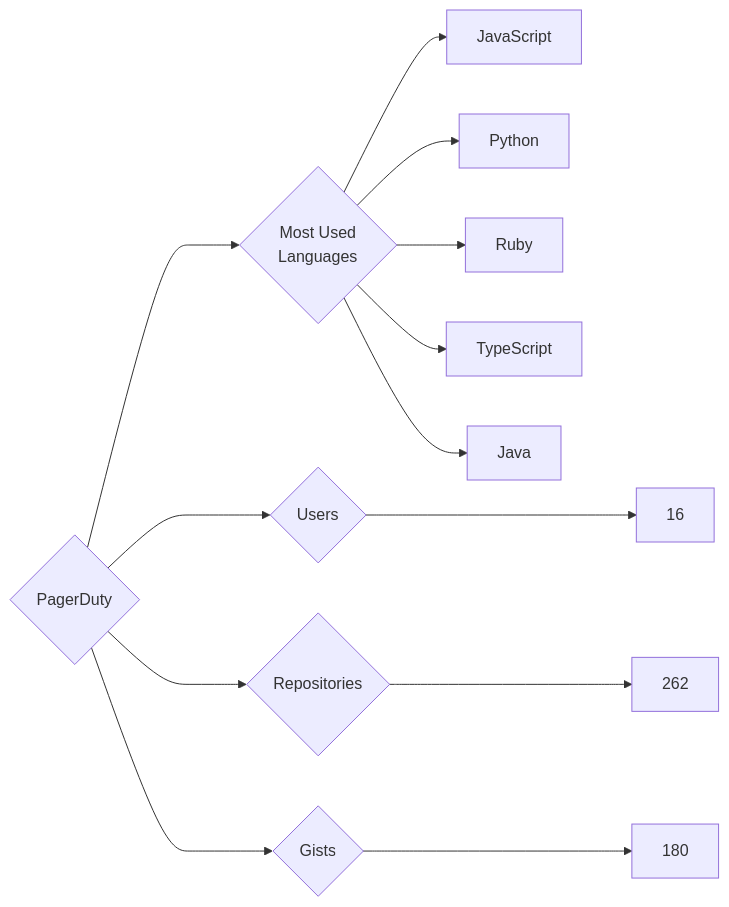
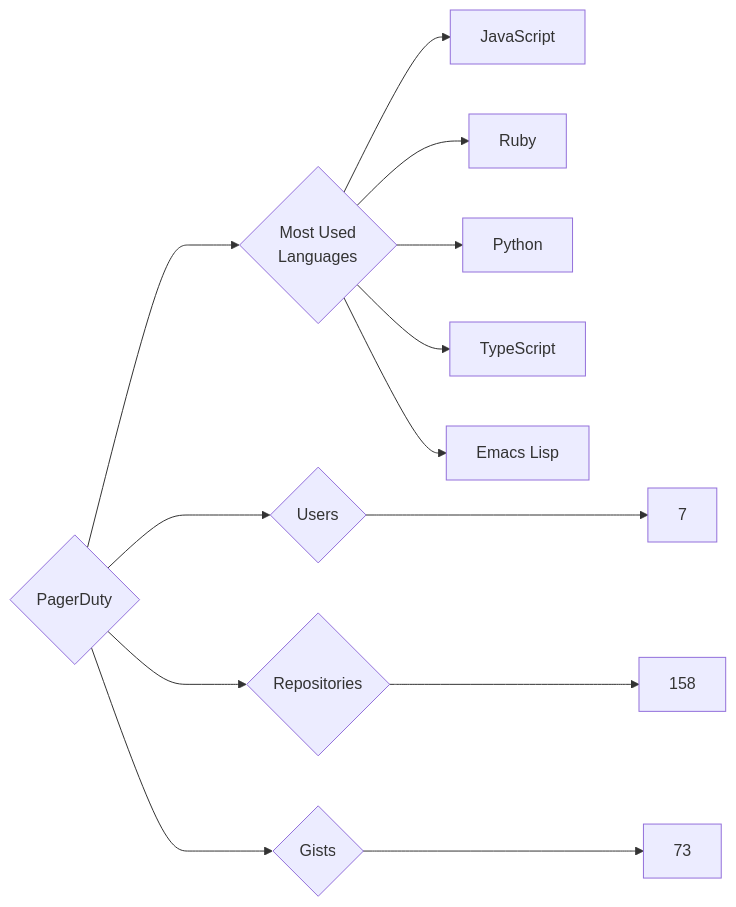
Before and after one commit to trickest/insiders: the diagram in targets/PagerDuty/README.md, drawn with Mermaid. The commit also changed 815 other files, not shown here.

````diff
--- a/targets/PagerDuty/README.md
+++ b/targets/PagerDuty/README.md
@@ -3,13 +3,13 @@
 ```mermaid
 graph LR
 COMPANY_NAME{PagerDuty}
-COMPANY_NAME ---> U{Users} ---> UN[16]
-COMPANY_NAME ---> R{Repositories} ---> RN[262]
-COMPANY_NAME ---> G{Gists} ---> GN[180]
+COMPANY_NAME ---> U{Users} ---> UN[7]
+COMPANY_NAME ---> R{Repositories} ---> RN[158]
+COMPANY_NAME ---> G{Gists} ---> GN[73]
 COMPANY_NAME ---> ML{Most Used<br>Languages}
 ML --> JavaScript[JavaScript]
+ML --> Ruby[Ruby]
 ML --> Python[Python]
-ML --> Ruby[Ruby]
 ML --> TypeScript[TypeScript]
-ML --> Java[Java]
+ML --> Emacs_Lisp[Emacs Lisp]
 ```
````
